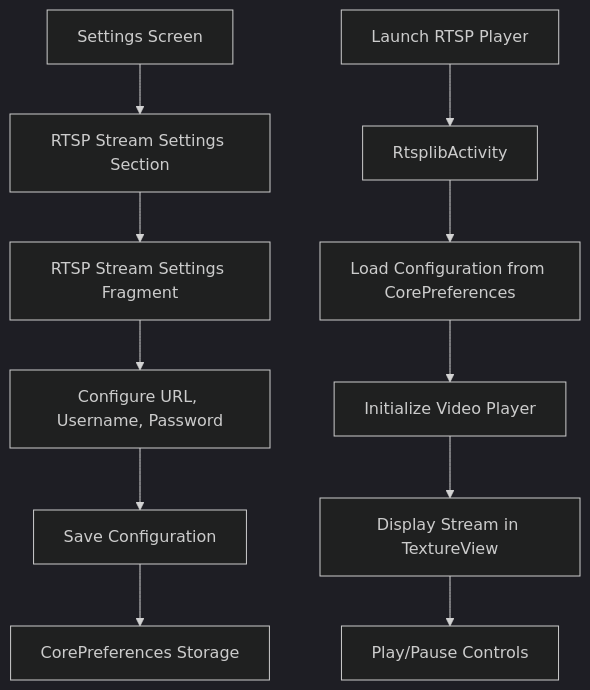
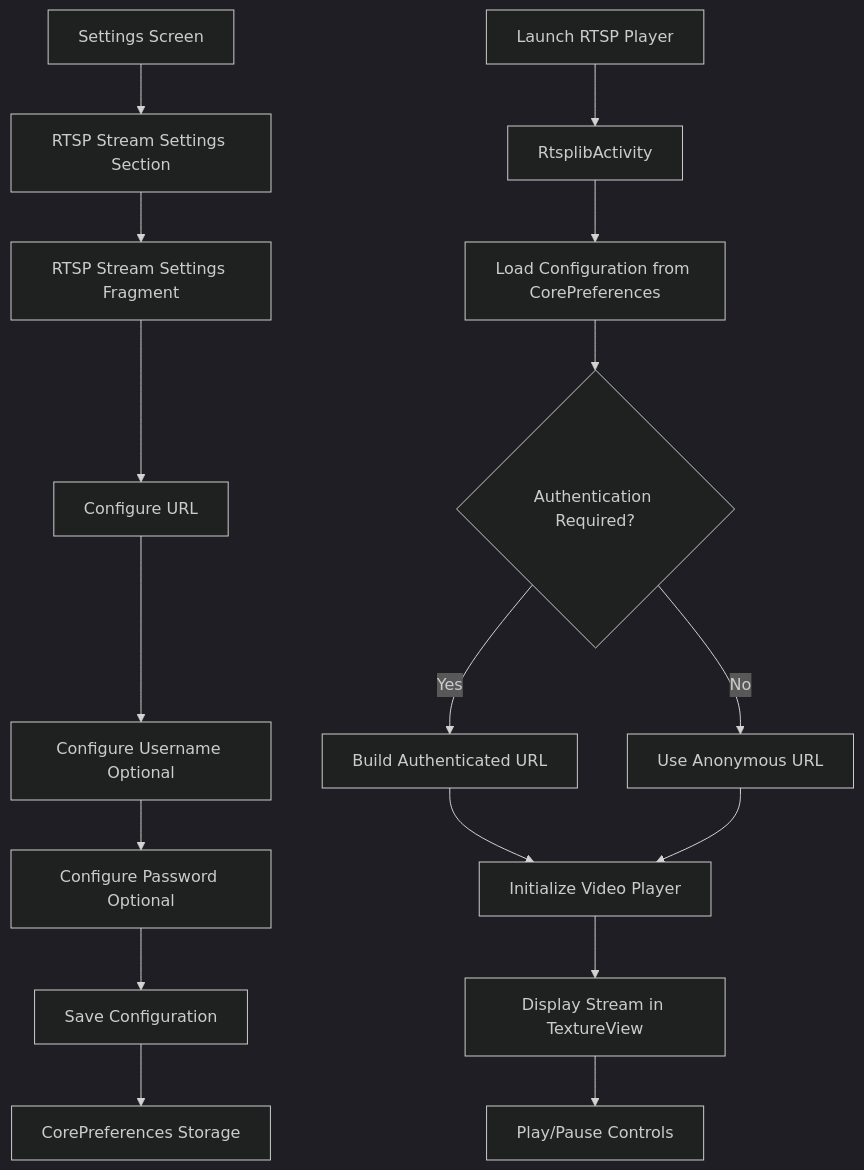
One commit to s-marian/linhome-android changed the diagram in plans/rtsp-stream-viewer-feature.md. Above: the diagram before and after it, drawn with Mermaid (dark theme). The commit also changed other lines of this file and 28 other files, not shown here.

Commit message:
add VLC support for playing a predefined RTSP stream during incoming call. It substitutes early media

````diff
--- a/plans/rtsp-stream-viewer-feature.md
+++ b/plans/rtsp-stream-viewer-feature.md
@@ -126,14 +224,20 @@
 ```mermaid
 graph TD
     A[Settings Screen] --> B[RTSP Stream Settings Section]
     B --> C[RTSP Stream Settings Fragment]
-    C --> D[Configure URL, Username, Password]
-    D --> E[Save Configuration]
-    E --> F[CorePreferences Storage]
+    C --> D[Configure URL]
+    D --> E[Configure Username Optional]
+    E --> F[Configure Password Optional]
+    F --> G[Save Configuration]
+    G --> H[CorePreferences Storage]
     
-    G[Launch RTSP Player] --> H[RtsplibActivity]
-    H --> I[Load Configuration from CorePreferences]
-    I --> J[Initialize Video Player]
-    J --> K[Display Stream in TextureView]
-    K --> L[Play/Pause Controls]
+    I[Launch RTSP Player] --> J[RtsplibActivity]
+    J --> K[Load Configuration from CorePreferences]
+    K --> L{Authentication Required?}
+    L -->|Yes| M[Build Authenticated URL]
+    L -->|No| N[Use Anonymous URL]
+    M --> O[Initialize Video Player]
+    N --> O
+    O --> P[Display Stream in TextureView]
+    P --> Q[Play/Pause Controls]
 ```
````
